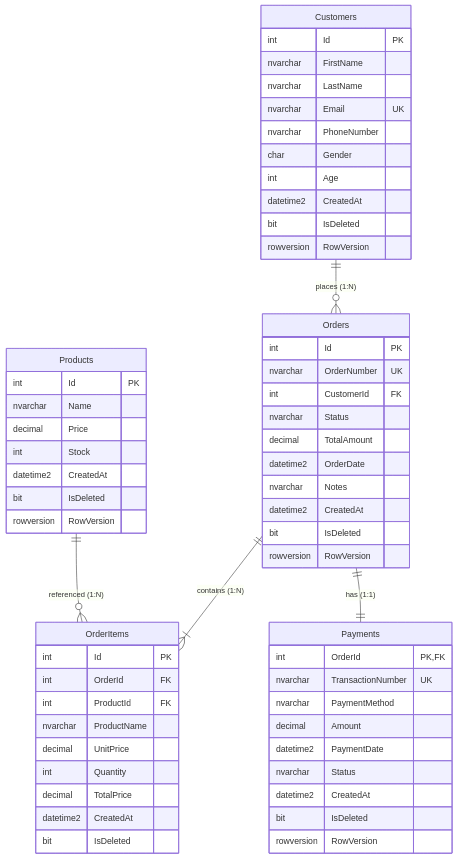
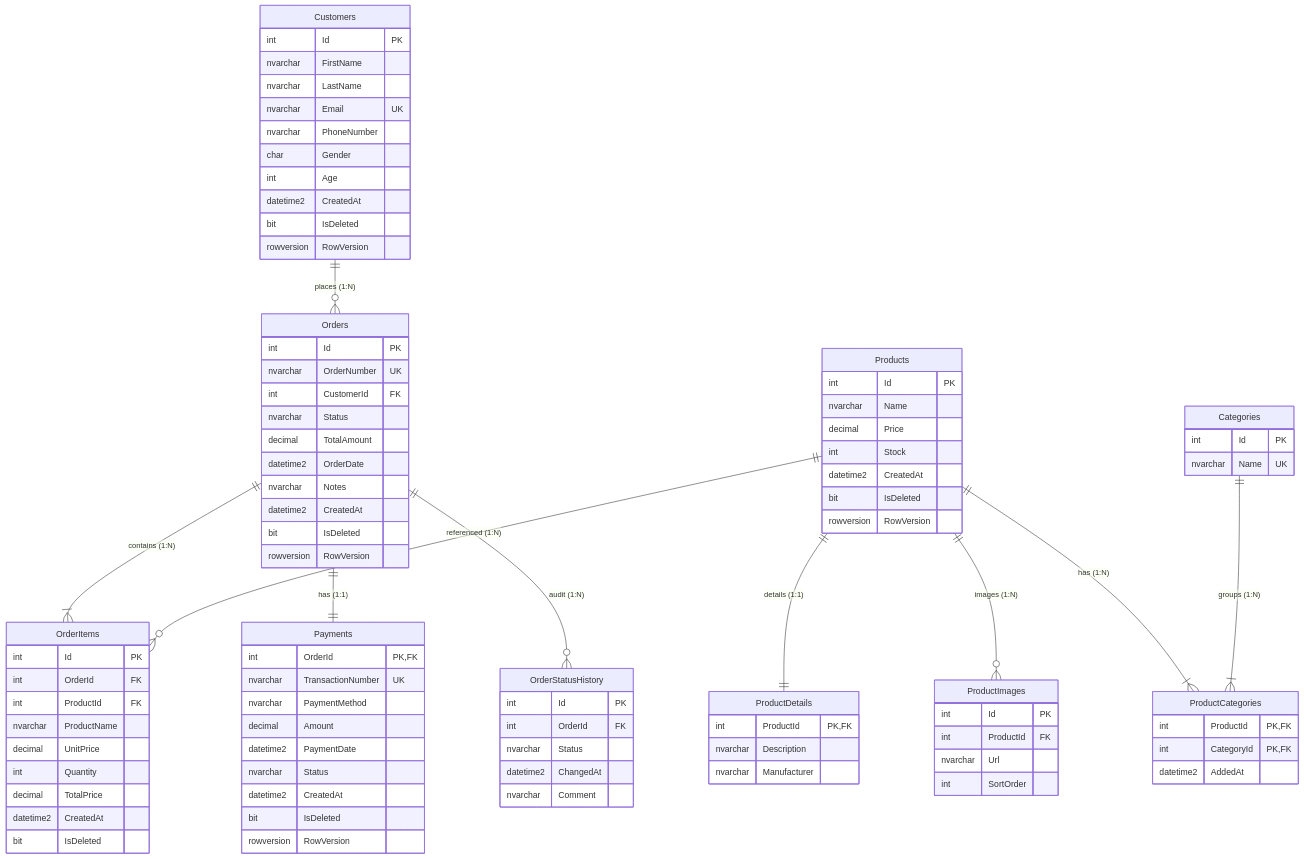
One commit to kazikSUPER/dotnet-web-engineering changed the first of 3 diagrams in README.md. Above: the diagram before and after it, drawn with Mermaid. The commit also changed other lines of this file, not shown here.

Commit message:
docs: update architecture and data access description for EF Core

```diff
--- a/README.md
+++ b/README.md
@@ -45,6 +49,11 @@
     Orders ||--|{ OrderItems : "contains (1:N)"
     Products ||--o{ OrderItems : "referenced (1:N)"
     Orders ||--|| Payments : "has (1:1)"
+    Orders ||--o{ OrderStatusHistory : "audit (1:N)"
+    Products ||--|| ProductDetails : "details (1:1)"
+    Products ||--o{ ProductImages : "images (1:N)"
+    Products ||--|{ ProductCategories : "has (1:N)"
+    Categories ||--|{ ProductCategories : "groups (1:N)"
 
     Customers {
         int Id PK
@@ -67,6 +76,30 @@
         datetime2 CreatedAt
         bit IsDeleted
         rowversion RowVersion
+    }
+
+    Categories {
+        int Id PK
+        nvarchar Name UK
+    }
+
+    ProductCategories {
+        int ProductId PK, FK
+        int CategoryId PK, FK
+        datetime2 AddedAt
+    }
+
+    ProductDetails {
+        int ProductId PK, FK
+        nvarchar Description
+        nvarchar Manufacturer
+    }
+
+    ProductImages {
+        int Id PK
+        int ProductId FK
+        nvarchar Url
+        int SortOrder
     }
 
     Orders {
@@ -94,6 +127,14 @@
         bit IsDeleted
     }
 
+    OrderStatusHistory {
+        int Id PK
+        int OrderId FK
+        nvarchar Status
+        datetime2 ChangedAt
+        nvarchar Comment
+    }
+
     Payments {
         int OrderId PK, FK
         nvarchar TransactionNumber UK
```
